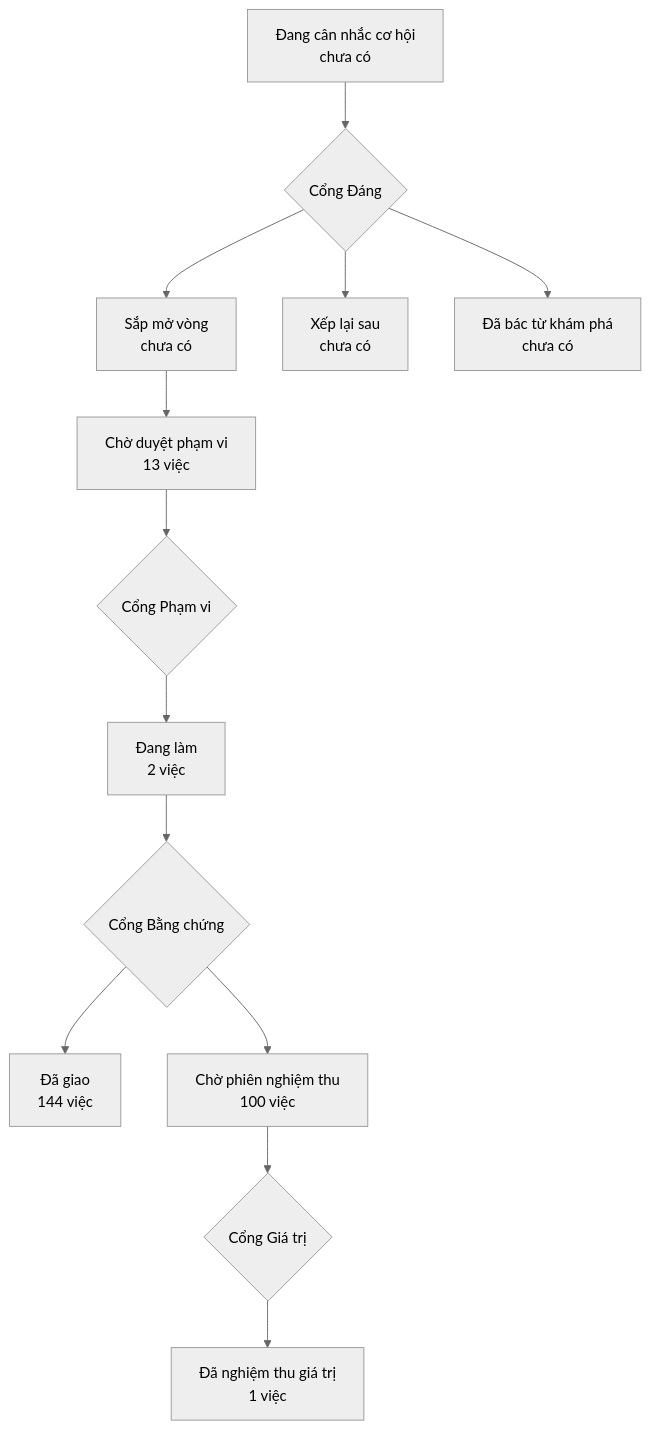
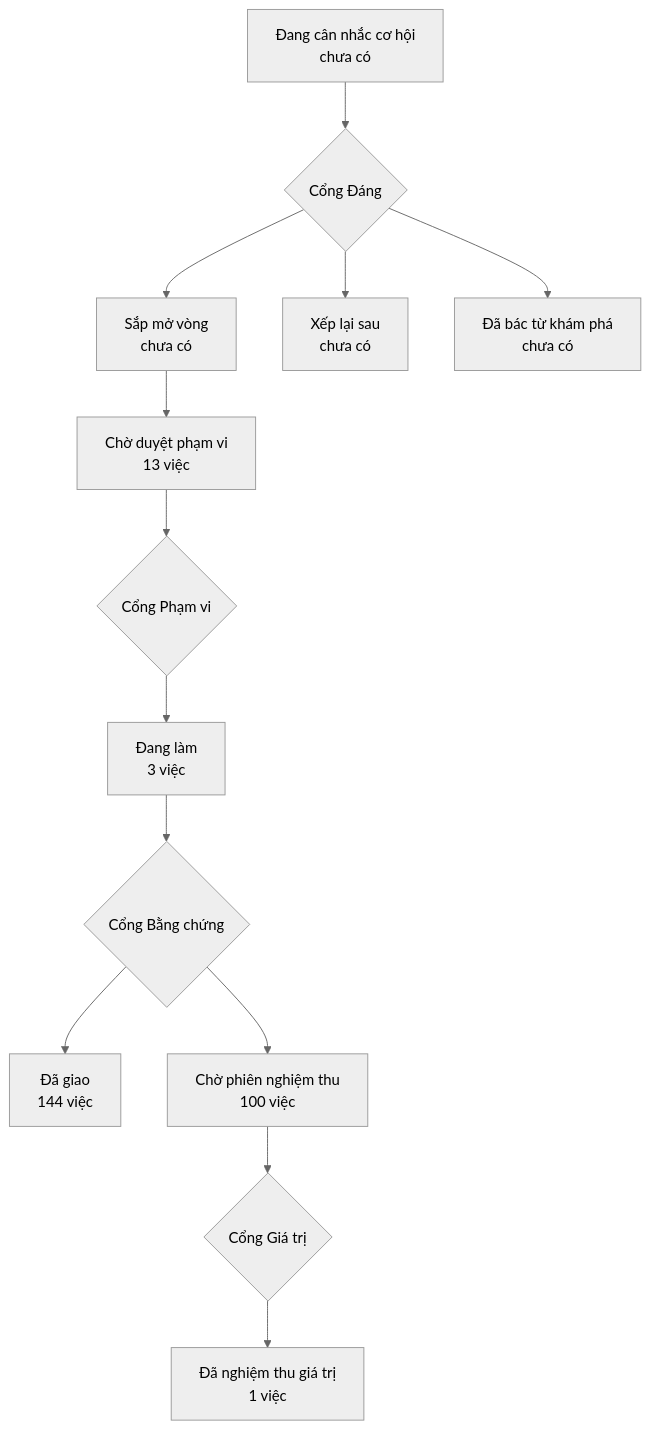
The diagram in PRODUCT-MAP.md (phanlemanh/onehub-invest), drawn with Mermaid (neutral theme) before and after one commit. The commit also changed other lines of this file and 10 other files, not shown here.

````diff
--- a/PRODUCT-MAP.md
+++ b/PRODUCT-MAP.md
@@ -7,12 +7,12 @@
 ```mermaid
 flowchart TD
   A["Đang cân nhắc cơ hội<br/>chưa có"] --> GD{"Cổng Đáng"}
   GD --> B["Sắp mở vòng<br/>chưa có"]
   GD --> XL["Xếp lại sau<br/>chưa có"]
   GD --> DB["Đã bác từ khám phá<br/>chưa có"]
   B --> CD["Chờ duyệt phạm vi<br/>13 việc"] --> GP{"Cổng Phạm vi"}
-  GP --> DL["Đang làm<br/>2 việc"] --> GB{"Cổng Bằng chứng"}
+  GP --> DL["Đang làm<br/>3 việc"] --> GB{"Cổng Bằng chứng"}
   GB --> DG["Đã giao<br/>144 việc"]
   GB --> CN["Chờ phiên nghiệm thu<br/>100 việc"] --> GG{"Cổng Giá trị"}
   GG --> NT["Đã nghiệm thu giá trị<br/>1 việc"]
 ```
````
